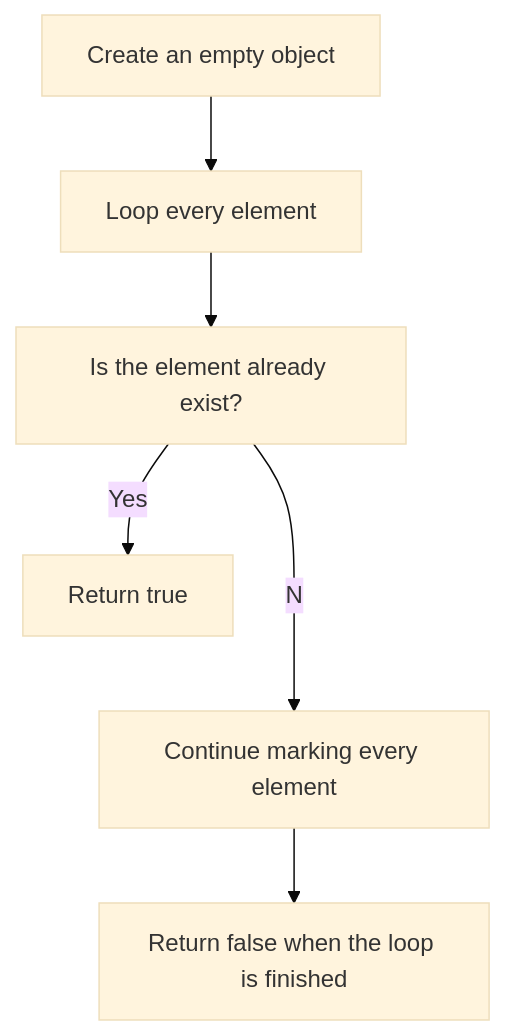
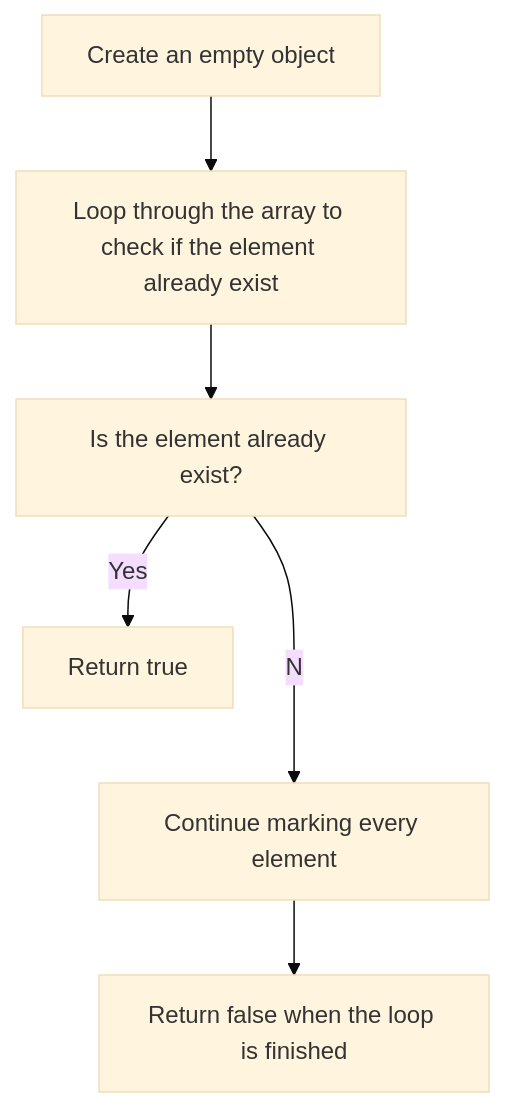
One commit to damarbm30/competitive-programming changed the diagram in Warmup/Contains Duplicate/README.md. Above: the diagram before and after it, drawn with Mermaid (base theme).

````diff
--- a/Warmup/Contains Duplicate/README.md
+++ b/Warmup/Contains Duplicate/README.md
@@ -9,8 +9,8 @@
 ```mermaid
 graph TD;
-    A[Create an empty object]-->B[Loop every element];
+    A[Create an empty object]-->B[Loop through the array to check if the element already exist];
     B-->C[Is the element already exist?];
     C--Yes-->D[Return true];
     C--No-->E[Continue marking every element];
     E-->F[Return false when the loop is finished];
 ```
````
